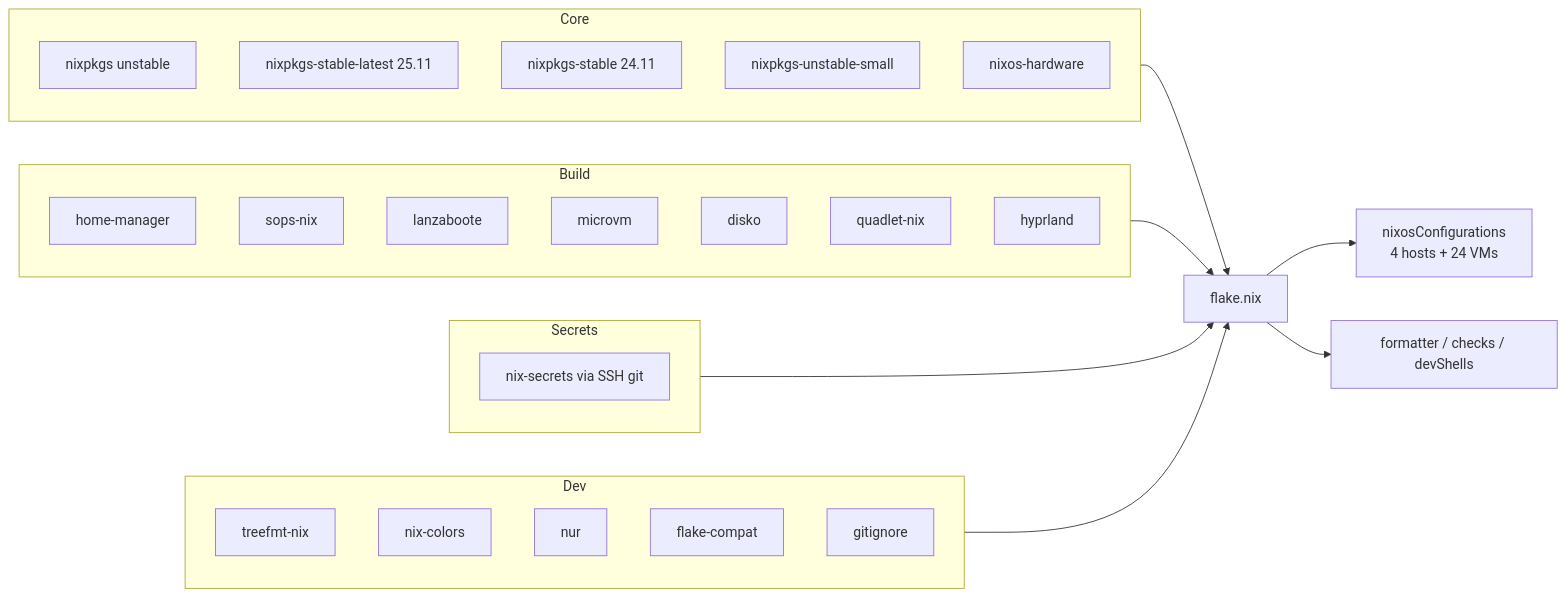
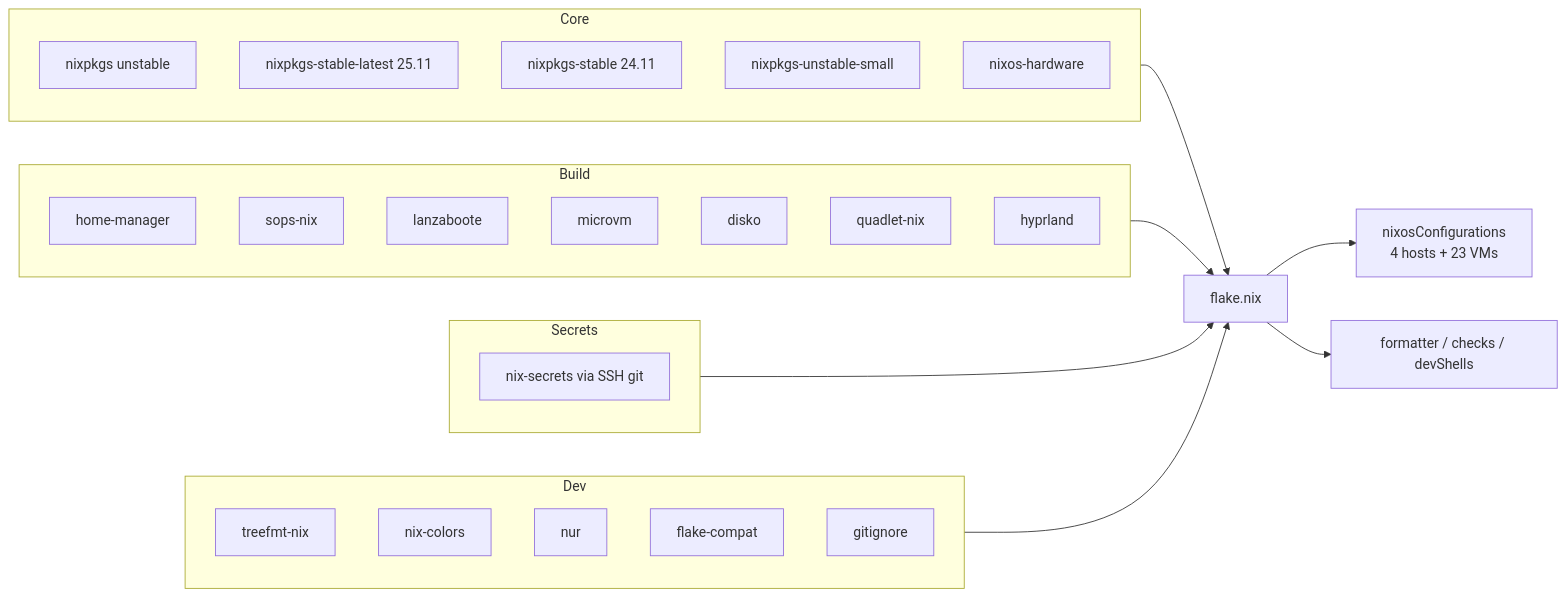
Before and after one commit to telometto/nix-config: the second of 10 diagrams in docs/Project_Architecture_Blueprint.md, drawn with Mermaid. The commit also changed other lines of this file, not shown here.

Commit message:
📝 docs: update Project_Architecture_Blueprint.md to correct MicroVM count from 24 to 23

````diff
--- a/docs/Project_Architecture_Blueprint.md
+++ b/docs/Project_Architecture_Blueprint.md
@@ -68,35 +68,35 @@
 ```mermaid
 flowchart LR
     subgraph Core
         NP[nixpkgs unstable]
         NPS[nixpkgs-stable-latest 25.11]
         NPS2[nixpkgs-stable 24.11]
         NPU[nixpkgs-unstable-small]
         NHW[nixos-hardware]
     end
     subgraph Build
         HM[home-manager]
         SOPS[sops-nix]
         LB[lanzaboote]
         MVM[microvm]
         DISKO[disko]
         QN[quadlet-nix]
         HYP[hyprland]
     end
     subgraph Secrets
         NS[nix-secrets via SSH git]
     end
     subgraph Dev
         TFMT[treefmt-nix]
         NC[nix-colors]
         NUR[nur]
         FC[flake-compat]
         GI[gitignore]
     end
     Core --> F[flake.nix]
     Build --> F
     Secrets --> F
     Dev --> F
-    F --> OUT1[nixosConfigurations\n4 hosts + 24 VMs]
+    F --> OUT1[nixosConfigurations\n4 hosts + 23 VMs]
     F --> OUT2[formatter / checks / devShells]
 ```
````
